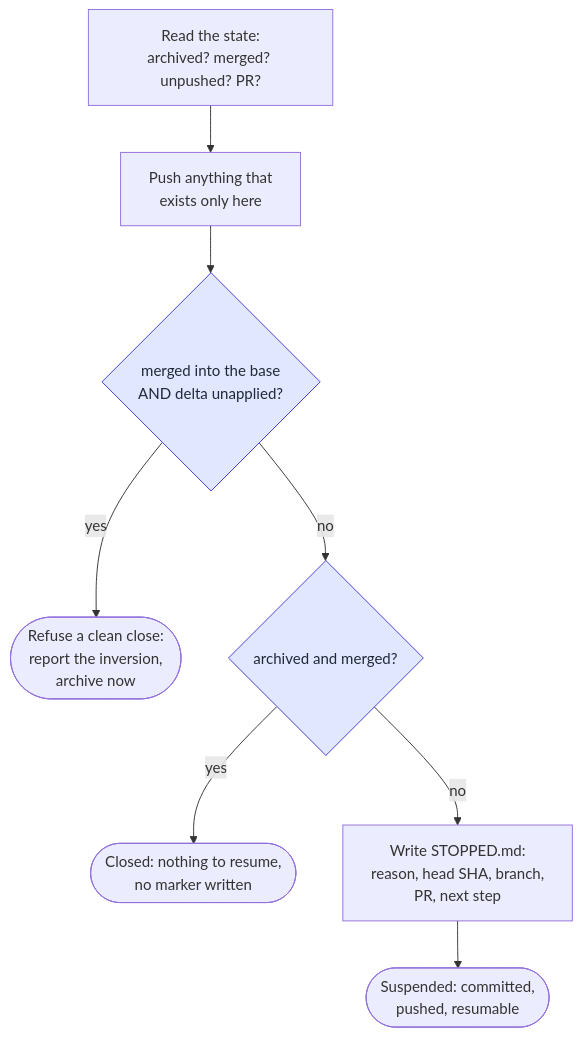
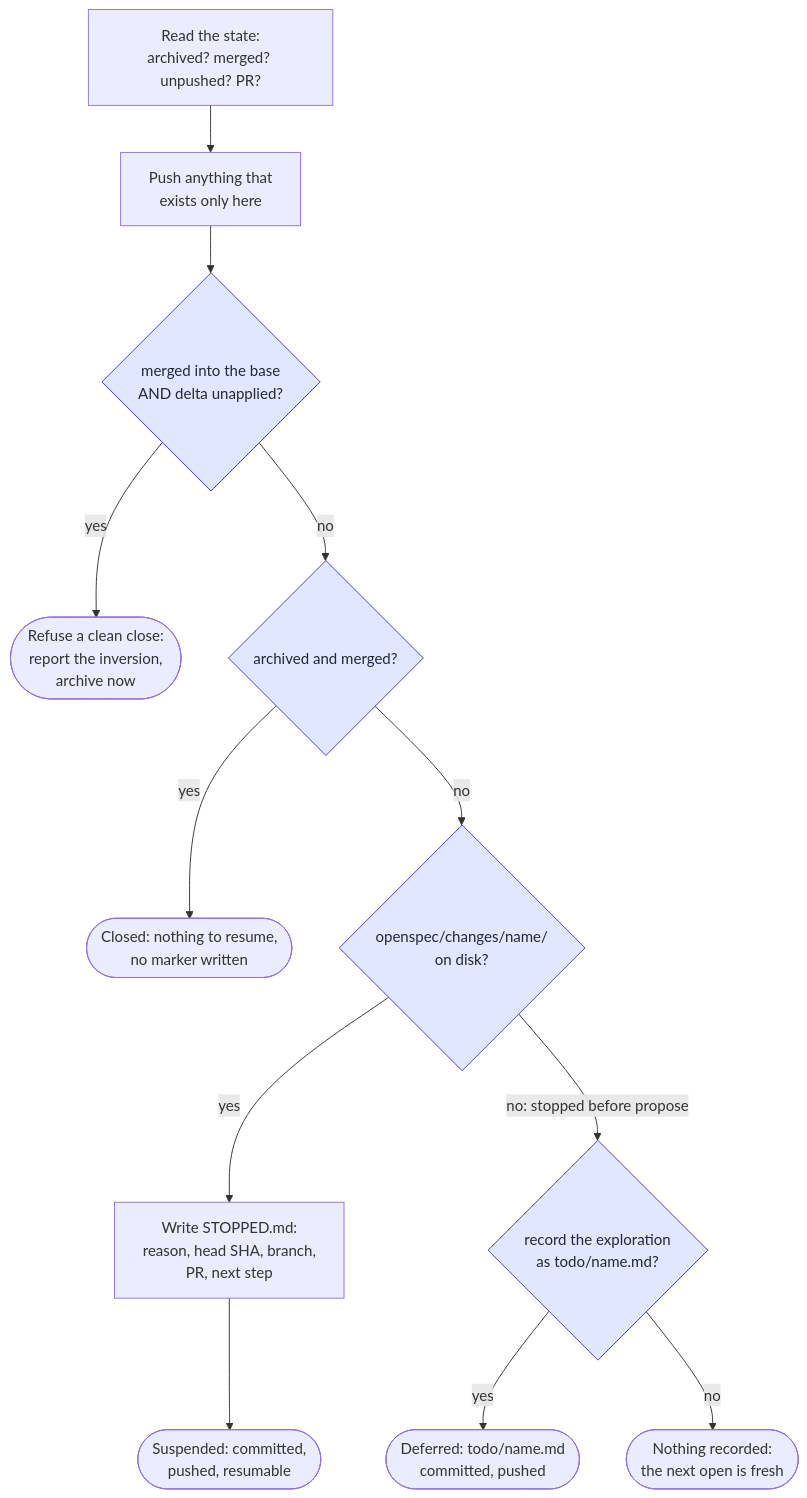
One commit to codecicada/openspec-flow changed the fourth of 6 diagrams in docs/change-flow.md. Above: the diagram before and after it, drawn with Mermaid. The commit also changed other lines of this file and 3 other files, not shown here.

First line of the commit message:
feat(start-change): open the flow into explore

````diff
--- a/docs/change-flow.md
+++ b/docs/change-flow.md
@@ -290,14 +297,20 @@
 ```mermaid
 flowchart TD
   s1["Read the state:<br/>archived? merged? unpushed? PR?"] --> s2["Push anything that<br/>exists only here"]
   s2 --> s3{"merged into the base<br/>AND delta unapplied?"}
   s3 -- yes --> inv(["Refuse a clean close:<br/>report the inversion,<br/>archive now"])
   s3 -- no --> s4{"archived and merged?"}
   s4 -- yes --> done(["Closed: nothing to resume,<br/>no marker written"])
-  s4 -- no --> susp["Write STOPPED.md:<br/>reason, head SHA, branch,<br/>PR, next step"]
+  s4 -- no --> s5{"openspec/changes/name/<br/>on disk?"}
+  s5 -- yes --> susp["Write STOPPED.md:<br/>reason, head SHA, branch,<br/>PR, next step"]
   susp --> push(["Suspended: committed,<br/>pushed, resumable"])
+  s5 -- "no: stopped before propose" --> s6{"record the exploration<br/>as todo/name.md?"}
+  s6 -- yes --> plan(["Deferred: todo/name.md<br/>committed, pushed"])
+  s6 -- no --> nothing(["Nothing recorded:<br/>the next open is fresh"])
 
   classDef question fill:#e0e7ff,stroke:#4338ca,color:#1f2937;
   class s3 question;
   class s4 question;
+  class s5 question;
+  class s6 question;
 ```
````
